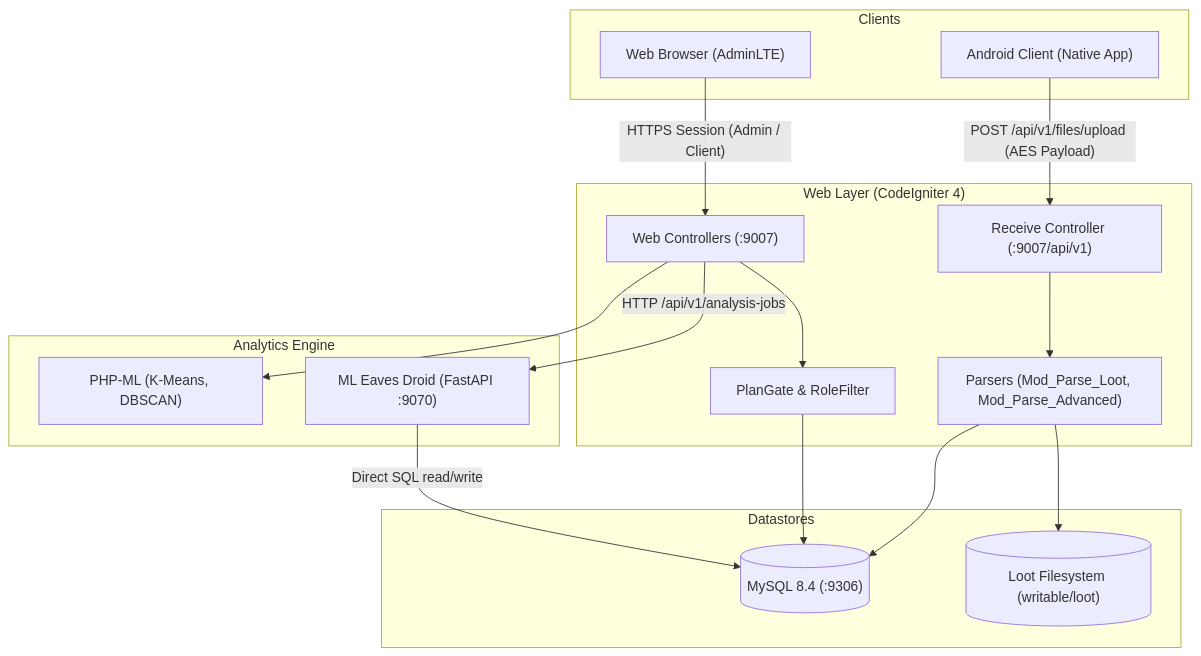
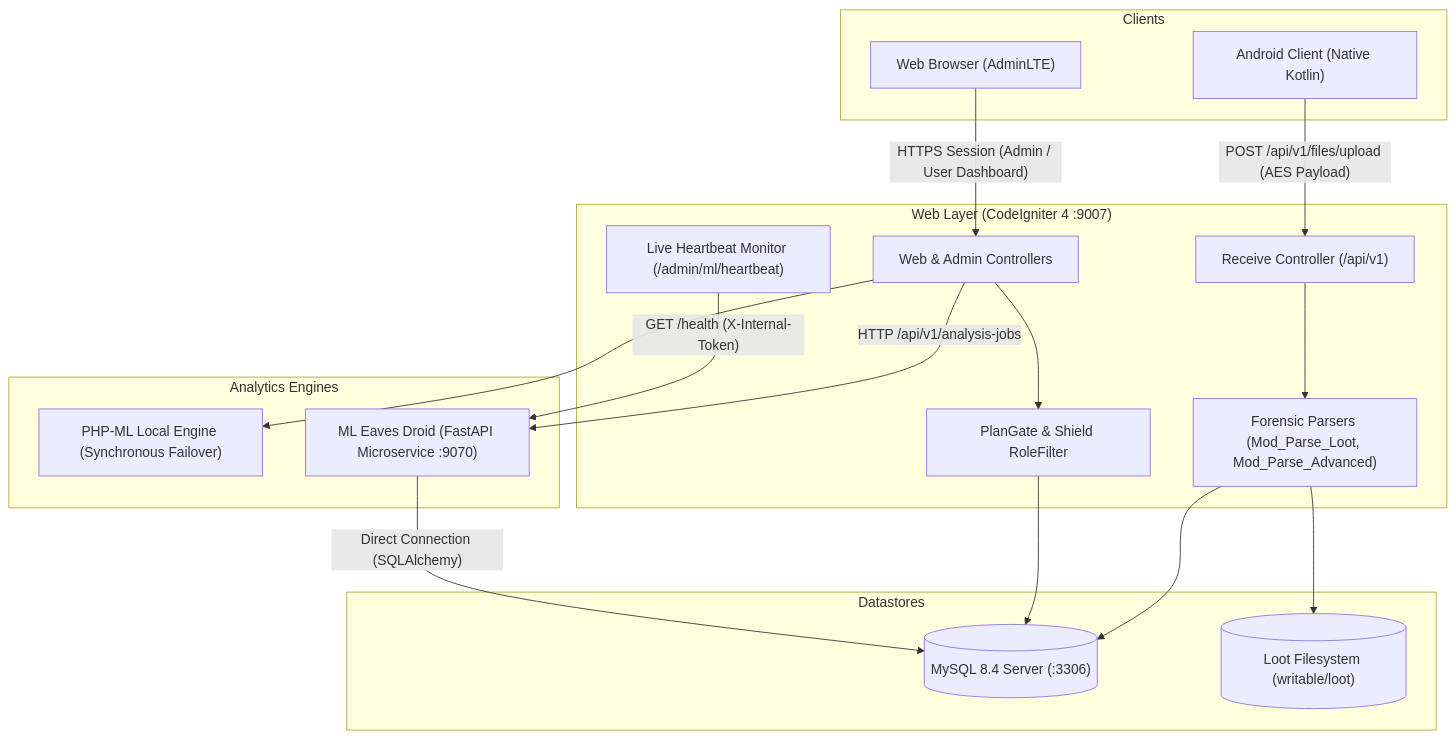
The diagram in docs/architecture/overview.md (Niccher/Eaves-Droid-Platform), drawn with Mermaid before and after one commit. The commit also changed other lines of this file and 24 other files, not shown here.

````diff
--- a/docs/architecture/overview.md
+++ b/docs/architecture/overview.md
@@ -9,35 +9,37 @@
 ```mermaid
 flowchart TB
   subgraph Clients["Clients"]
-    A["Android Client (Native App)"]
+    A["Android Client (Native Kotlin)"]
     B["Web Browser (AdminLTE)"]
   end
 
-  subgraph Edge["Web Layer (CodeIgniter 4)"]
-    R["Receive Controller (:9007/api/v1)"]
-    W["Web Controllers (:9007)"]
-    P["Parsers (Mod_Parse_Loot, Mod_Parse_Advanced)"]
-    G["PlanGate & RoleFilter"]
+  subgraph Edge["Web Layer (CodeIgniter 4 :9007)"]
+    R["Receive Controller (/api/v1)"]
+    W["Web & Admin Controllers"]
+    P["Forensic Parsers (Mod_Parse_Loot, Mod_Parse_Advanced)"]
+    G["PlanGate & Shield RoleFilter"]
+    H["Live Heartbeat Monitor (/admin/ml/heartbeat)"]
   end
 
-  subgraph Analytics["Analytics Engine"]
-    PM["PHP-ML (K-Means, DBSCAN)"]
-    ML["ML Eaves Droid (FastAPI :9070)"]
+  subgraph Analytics["Analytics Engines"]
+    PM["PHP-ML Local Engine (Synchronous Failover)"]
+    ML["ML Eaves Droid (FastAPI Microservice :9070)"]
   end
 
   subgraph Datastores["Datastores"]
-    DB[("MySQL 8.4 (:9306)")]
+    DB[("MySQL 8.4 Server (:3306)")]
     FS[("Loot Filesystem (writable/loot)")]
   end
 
   A -->|"POST /api/v1/files/upload (AES Payload)"| R
-  B -->|"HTTPS Session (Admin / Client)"| W
+  B -->|"HTTPS Session (Admin / User Dashboard)"| W
   R --> P
   P --> DB
   P --> FS
   W --> G
   G --> DB
   W --> PM
   W -->|"HTTP /api/v1/analysis-jobs"| ML
-  ML -->|"Direct SQL read/write"| DB
+  H -->|"GET /health (X-Internal-Token)"| ML
+  ML -->|"Direct Connection (SQLAlchemy)"| DB
 ```
````
